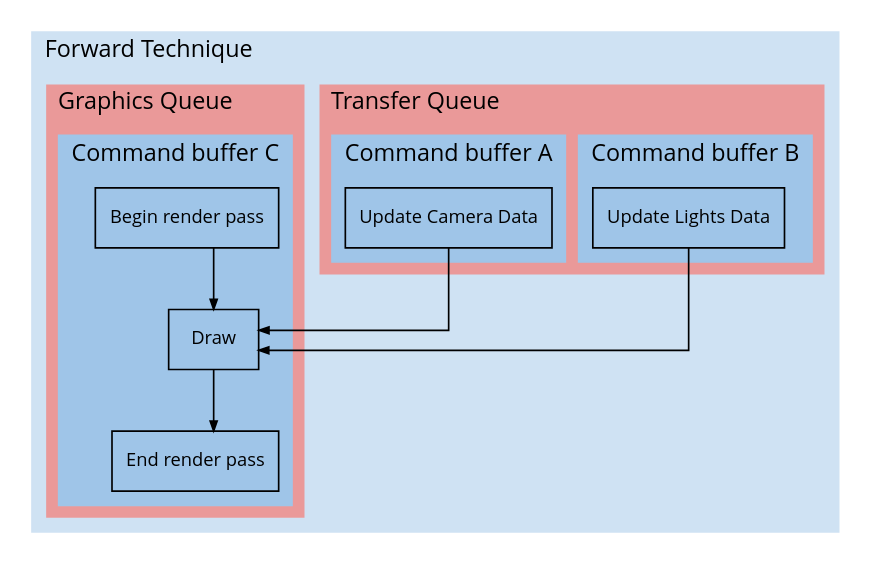
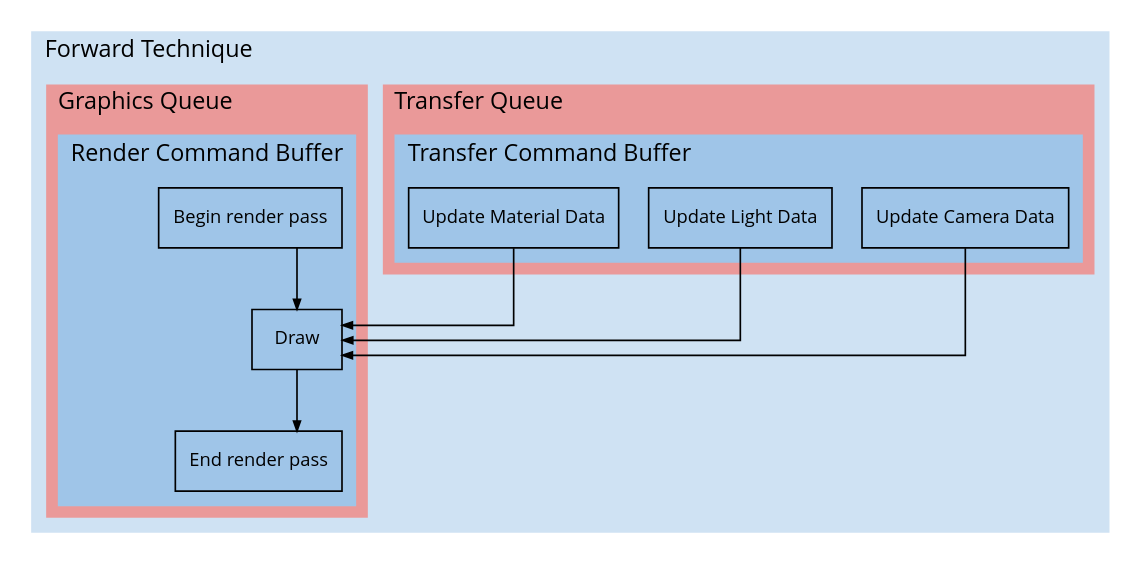
The fifth of 5 diagrams in doc/architecture.md (Lugdunum3D/Lugdunum), drawn with Graphviz before and after one commit. The commit also changed other lines of this file and 6 other files, not shown here.

````diff
--- a/doc/architecture.md
+++ b/doc/architecture.md
@@ -450,64 +372,58 @@
 ```graphviz
 digraph {
     graph[
         fontname="Open Sans",
         labeljust="l"
     ]
     node[shape=record fontname="Open Sans", penwidth=1, fontsize=11, style=filled, fillcolor="#9FC5E8"]
     edge[fontname="Open Sans", fontsize=9, penwidth=1, arrowsize=.6]
     rankdir=TB
     newrank=true
     splines=ortho
 
     subgraph cluster_forward_render {
         style=filled;
         color="#CFE2F3";
         label="Forward Technique"
 
         subgraph cluster_queue_transfer {
             style=filled;
             color="#CFE2F3";
             fillcolor="#EA9999";
             label="Transfer Queue"
 
-            subgraph cluster_cmdBufferB {
-                label="Command buffer B"
-                fillcolor="#9FC5E8"
-                color="#9FC5E8"
-                style=filled
-
-                "Update Lights Data"
-            }
-
             subgraph cluster_cmdBufferA {
-                label="Command buffer A"
+                label="Transfer Command Buffer"
                 fillcolor="#9FC5E8"
                 color="#9FC5E8"
                 style=filled
 
                 "Update Camera Data"
+                "Update Light Data"
+                "Update Material Data"
             }  
         }
 
         subgraph cluster_queue_graphic {
             style=filled;
             color="#CFE2F3";
             fillcolor="#EA9999";
             label="Graphics Queue"
 
             subgraph cluster_cmdBufferC {
-                label="Command buffer C"
+                label="Render Command Buffer"
                 fillcolor="#9FC5E8"
                 color="#9FC5E8"
                 style=filled
 
                 "Begin render pass" -> "Draw" -> "End render pass"
             } 
 
         }
         
         "Update Camera Data"->"Draw"
-        "Update Lights Data"->"Draw"
+        "Update Material Data"->"Draw"
+        "Update Light Data"->"Draw"
     }
 }
 ```
````
